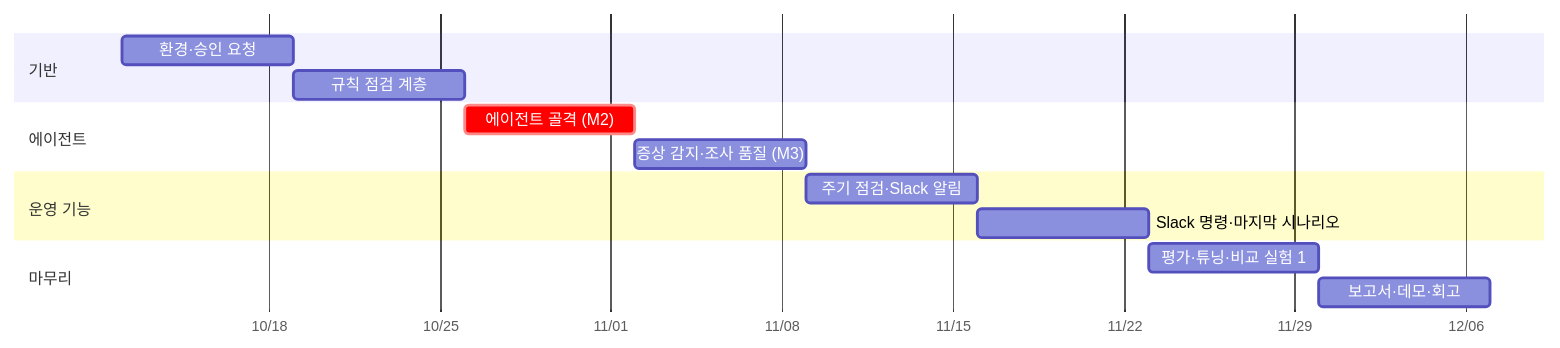
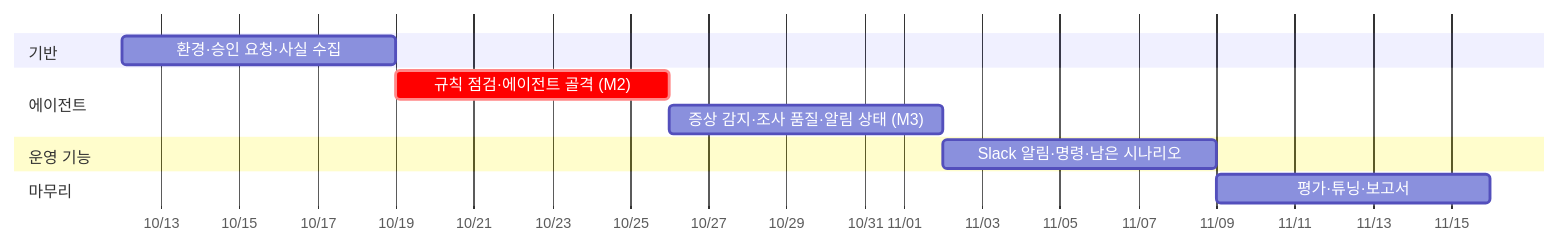
One commit to skax-jihyeryu/KubeGuardian changed the diagram in docs/02-execution-plan.md. Above: the diagram before and after it, drawn with Mermaid. The commit also changed other lines of this file and 2 other files, not shown here.

````diff
--- a/docs/02-execution-plan.md
+++ b/docs/02-execution-plan.md
@@ -248,17 +238,14 @@
 ```mermaid
 gantt
     dateFormat YYYY-MM-DD
     axisFormat %m/%d
     section 기반
-    환경·승인 요청 :w1, 2026-10-12, 7d
-    규칙 점검 계층 :w2, after w1, 7d
+    환경·승인 요청·사실 수집 :w1, 2026-10-12, 7d
     section 에이전트
-    에이전트 골격 (M2) :crit, w3, after w2, 7d
-    증상 감지·조사 품질 (M3) :w4, after w3, 7d
+    규칙 점검·에이전트 골격 (M2) :crit, w2, after w1, 7d
+    증상 감지·조사 품질·알림 상태 (M3) :w3, after w2, 7d
     section 운영 기능
-    주기 점검·Slack 알림 :w5, after w4, 7d
-    Slack 명령·마지막 시나리오 :w6, after w5, 7d
+    Slack 알림·명령·남은 시나리오 :w4, after w3, 7d
     section 마무리
-    평가·튜닝·비교 실험 1 :w7, after w6, 7d
-    보고서·데모·회고 :w8, after w7, 7d
+    평가·튜닝·보고서 :w5, after w4, 7d
 ```
````
